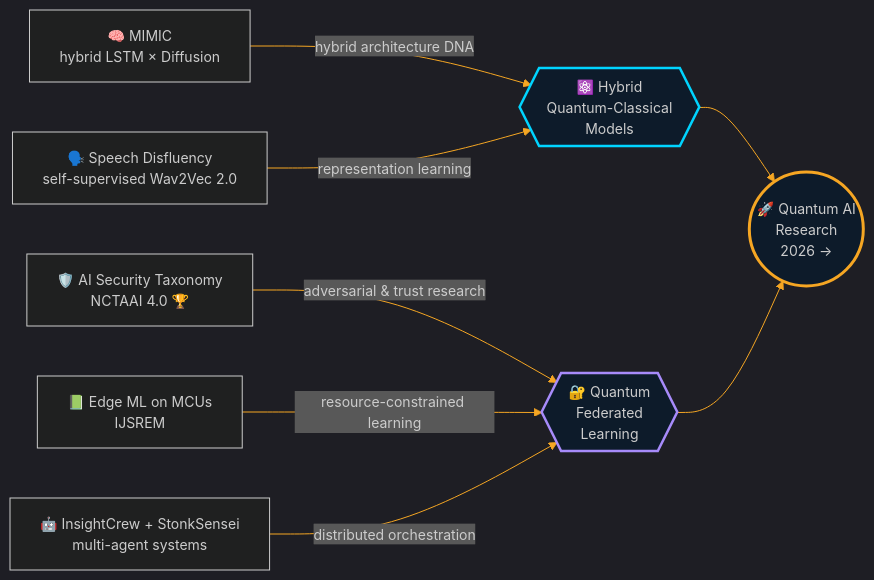
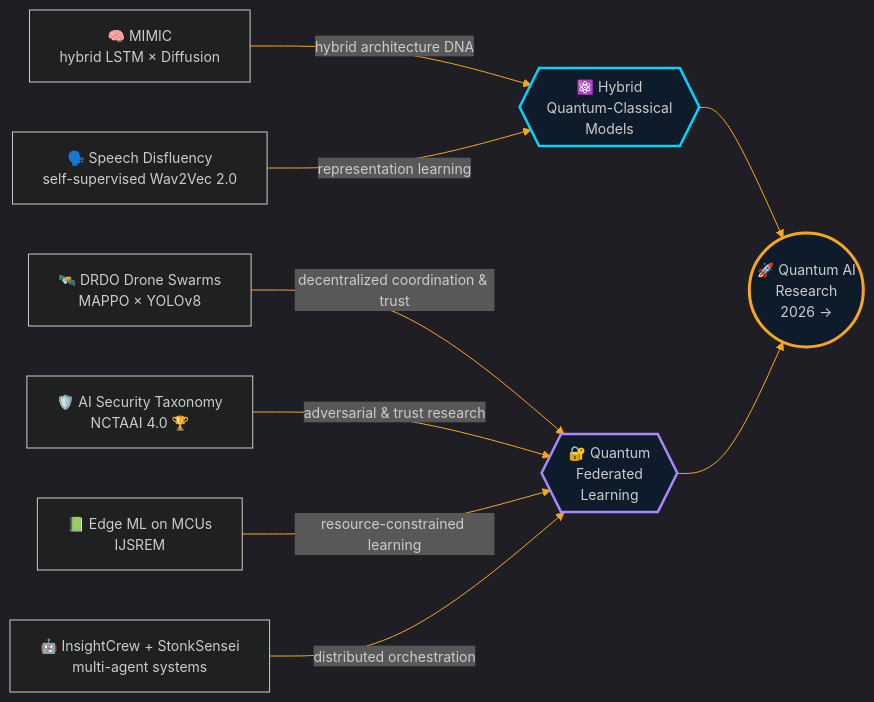
Before and after one commit to lakshit2234/lakshit2234: the first of 2 diagrams in README.md, drawn with Mermaid. The commit also changed other lines of this file, not shown here.

````diff
--- a/README.md
+++ b/README.md
@@ -152,15 +211,16 @@
 ```mermaid
 %%{init: {'theme':'dark','themeVariables':{'primaryColor':'#0d1b2a','primaryTextColor':'#00d4ff','primaryBorderColor':'#7c3aed','lineColor':'#f5a623','fontSize':'14px'}}}%%
 graph LR
     A[🧠 MIMIC<br/>hybrid LSTM × Diffusion] -- "hybrid architecture DNA" --> Q{{⚛️ Hybrid<br/>Quantum-Classical<br/>Models}}
-    B[🛡️ AI Security Taxonomy<br/>NCTAAI 4.0 🏆] -- "adversarial & trust research" --> F{{🔐 Quantum<br/>Federated<br/>Learning}}
+    G[🛰️ DRDO Drone Swarms<br/>MAPPO × YOLOv8] -- "decentralized coordination & trust" --> F{{🔐 Quantum<br/>Federated<br/>Learning}}
+    B[🛡️ AI Security Taxonomy<br/>NCTAAI 4.0 🏆] -- "adversarial & trust research" --> F
     C[📗 Edge ML on MCUs<br/>IJSREM] -- "resource-constrained learning" --> F
     D[🤖 InsightCrew + StonkSensei<br/>multi-agent systems] -- "distributed orchestration" --> F
     E[🗣️ Speech Disfluency<br/>self-supervised Wav2Vec 2.0] -- "representation learning" --> Q
     Q --> Z((🚀 Quantum AI<br/>Research<br/>2026 →))
     F --> Z
 
     style Q fill:#0d1b2a,stroke:#00d4ff,stroke-width:2.5px
     style F fill:#0d1b2a,stroke:#a78bfa,stroke-width:2.5px
     style Z fill:#0d1b2a,stroke:#f5a623,stroke-width:3px
 ```
````
